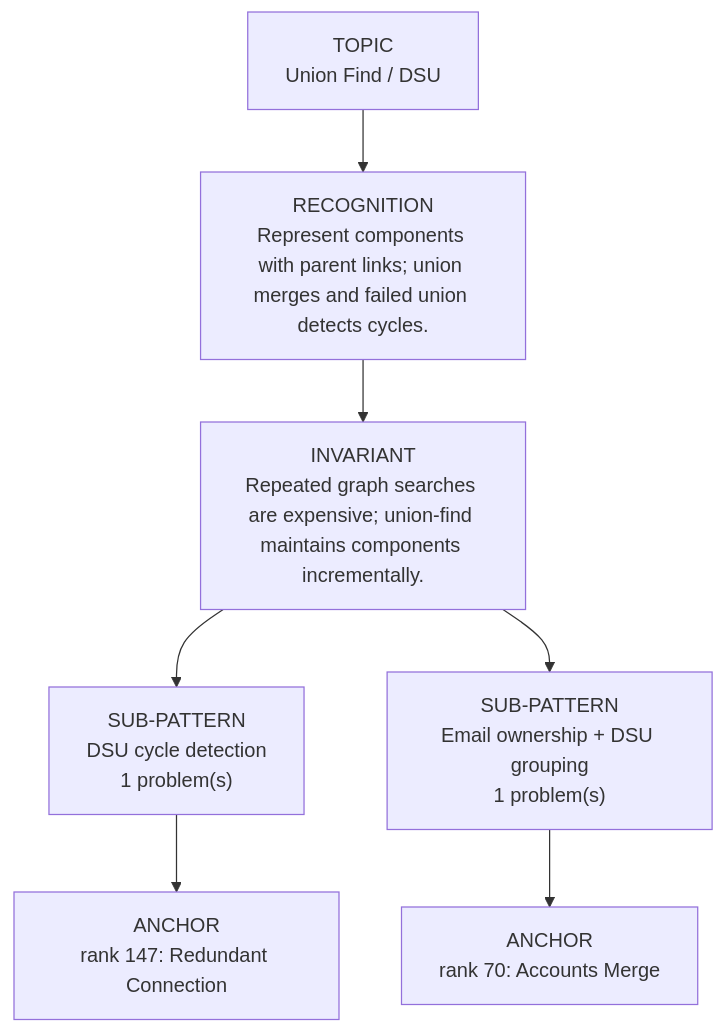
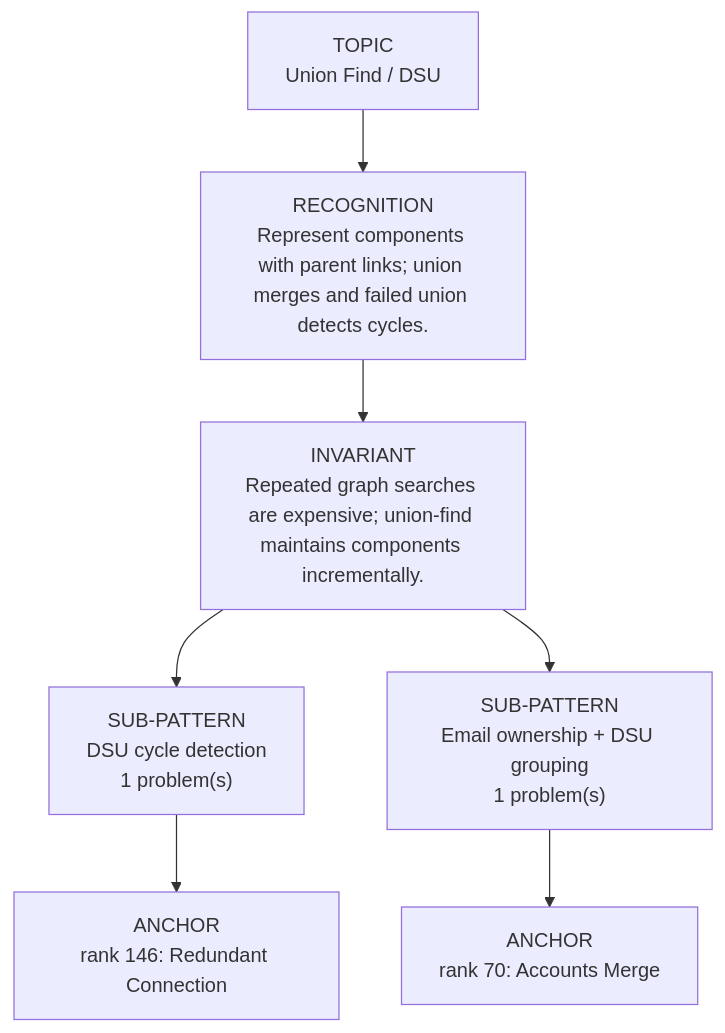
Before and after one commit to thechiranjeevjain/DSA10days: the diagram in dsa-review/interview/patterns/18_union_find.md, drawn with Mermaid. The commit also changed other lines of this file and 71 other files, not shown here.

````diff
--- a/dsa-review/interview/patterns/18_union_find.md
+++ b/dsa-review/interview/patterns/18_union_find.md
@@ -15,11 +15,11 @@
 ```mermaid
 flowchart TD
   Topic["TOPIC<br/>Union Find / DSU"]
   Recognition["RECOGNITION<br/>Represent components with parent links; union merges and failed union detects cycles."]
   Invariant["INVARIANT<br/>Repeated graph searches are expensive; union-find maintains components incrementally."]
   Topic --> Recognition --> Invariant
   Invariant --> Sub01["SUB-PATTERN<br/>DSU cycle detection<br/>1 problem(s)"]
-  Sub01 --> Sub01A01["ANCHOR<br/>rank 147: Redundant Connection"]
+  Sub01 --> Sub01A01["ANCHOR<br/>rank 146: Redundant Connection"]
   Invariant --> Sub02["SUB-PATTERN<br/>Email ownership + DSU grouping<br/>1 problem(s)"]
   Sub02 --> Sub02A01["ANCHOR<br/>rank 70: Accounts Merge"]
 ```
````
